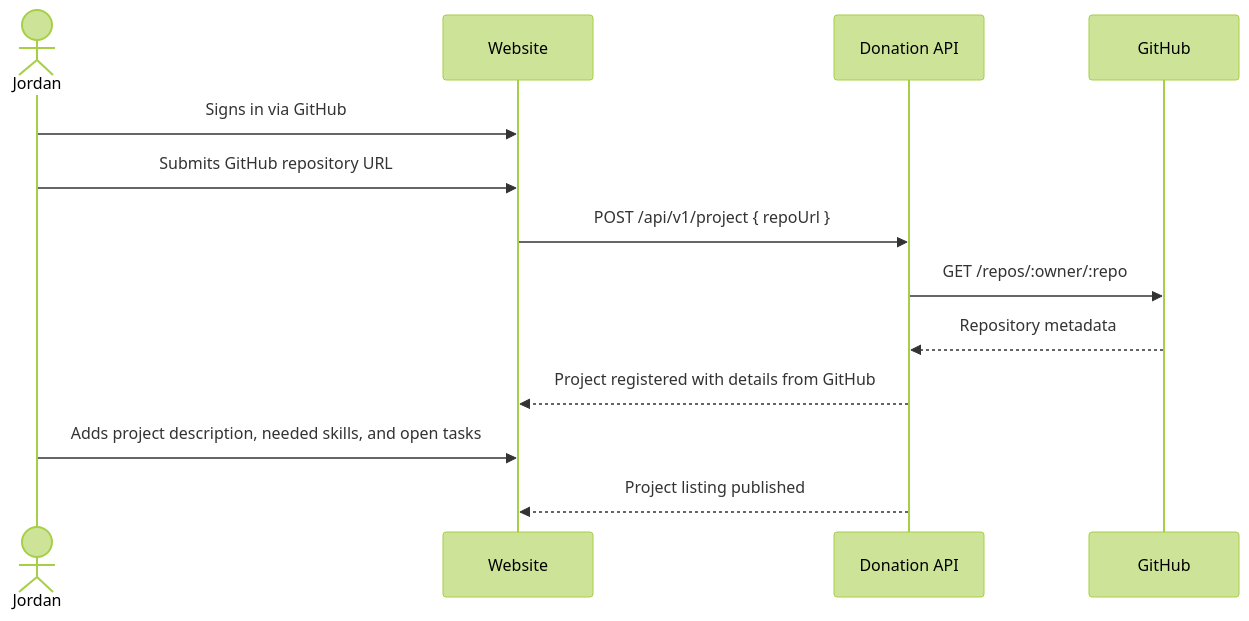
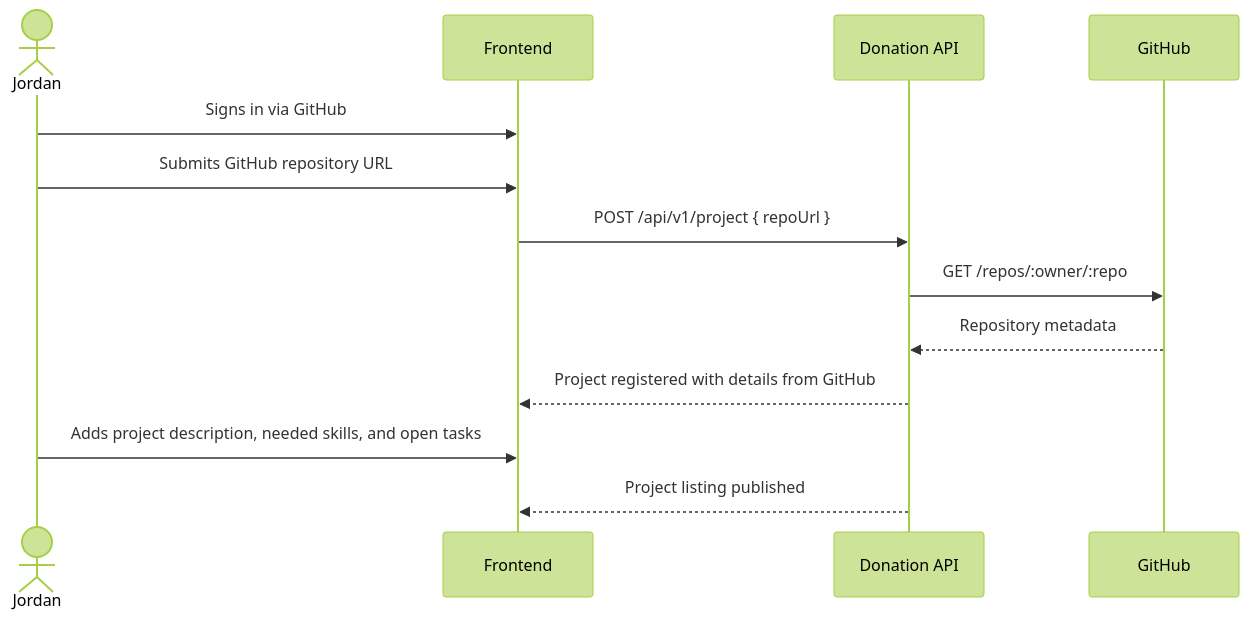
The second of 5 diagrams in docs/target/personas-and-journeys.md (wouterfennis/TimeForCode), drawn with Mermaid (forest theme) before and after one commit. The commit also changed other lines of this file and 142 other files, not shown here.

````diff
--- a/docs/target/personas-and-journeys.md
+++ b/docs/target/personas-and-journeys.md
@@ -71,16 +71,16 @@
 ```mermaid
 sequenceDiagram
     actor Jordan
-    participant Website
+    participant Frontend
     participant DonationAPI as Donation API
     participant GitHub
 
-    Jordan->>Website: Signs in via GitHub
-    Jordan->>Website: Submits GitHub repository URL
-    Website->>DonationAPI: POST /api/v1/project { repoUrl }
+    Jordan->>Frontend: Signs in via GitHub
+    Jordan->>Frontend: Submits GitHub repository URL
+    Frontend->>DonationAPI: POST /api/v1/project { repoUrl }
     DonationAPI->>GitHub: GET /repos/:owner/:repo
     GitHub-->>DonationAPI: Repository metadata
-    DonationAPI-->>Website: Project registered with details from GitHub
-    Jordan->>Website: Adds project description, needed skills, and open tasks
-    DonationAPI-->>Website: Project listing published
+    DonationAPI-->>Frontend: Project registered with details from GitHub
+    Jordan->>Frontend: Adds project description, needed skills, and open tasks
+    DonationAPI-->>Frontend: Project listing published
 ```
````
